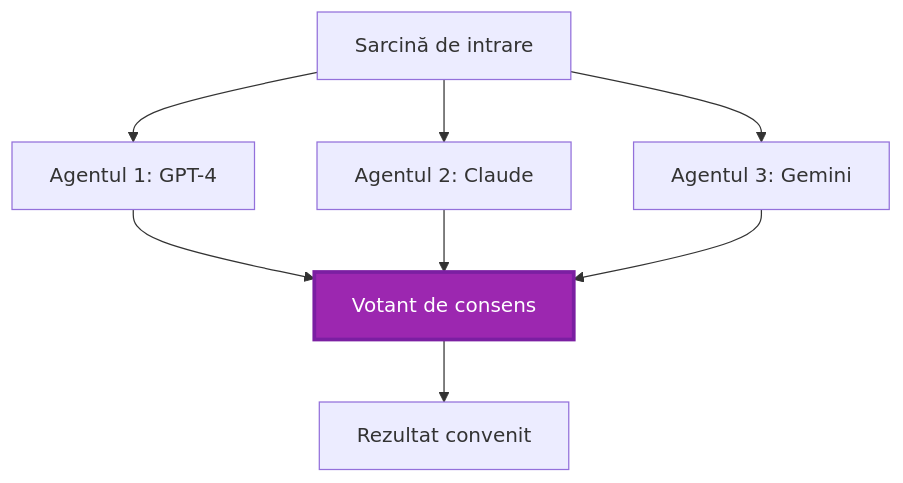
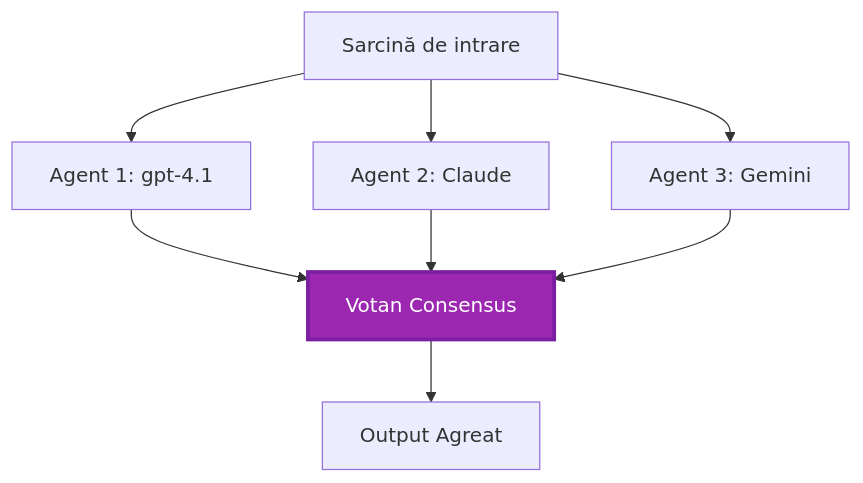
The fifth of 6 diagrams in translations/ro/docs/chapter-06-pre-deployment/coordination-patterns.md (microsoft/AZD-for-beginners), drawn with Mermaid before and after one commit. The commit also changed other lines of this file and 101 other files, not shown here.

````diff
--- a/translations/ro/docs/chapter-06-pre-deployment/coordination-patterns.md
+++ b/translations/ro/docs/chapter-06-pre-deployment/coordination-patterns.md
@@ -231,19 +225,19 @@
 ```mermaid
 graph TB
     Input[Sarcină de intrare]
-    Agent1[Agentul 1: GPT-4]
-    Agent2[Agentul 2: Claude]
-    Agent3[Agentul 3: Gemini]
-    Voter[Votant de consens]
-    Output[Rezultat convenit]
+    Agent1[Agent 1: gpt-4.1]
+    Agent2[Agent 2: Claude]
+    Agent3[Agent 3: Gemini]
+    Voter[Votan Consensus]
+    Output[Output Agreat]
     
     Input --> Agent1
     Input --> Agent2
     Input --> Agent3
     Agent1 --> Voter
     Agent2 --> Voter
     Agent3 --> Voter
     Voter --> Output
     
     style Voter fill:#9C27B0,stroke:#7B1FA2,stroke-width:3px,color:#fff
 ```
````
